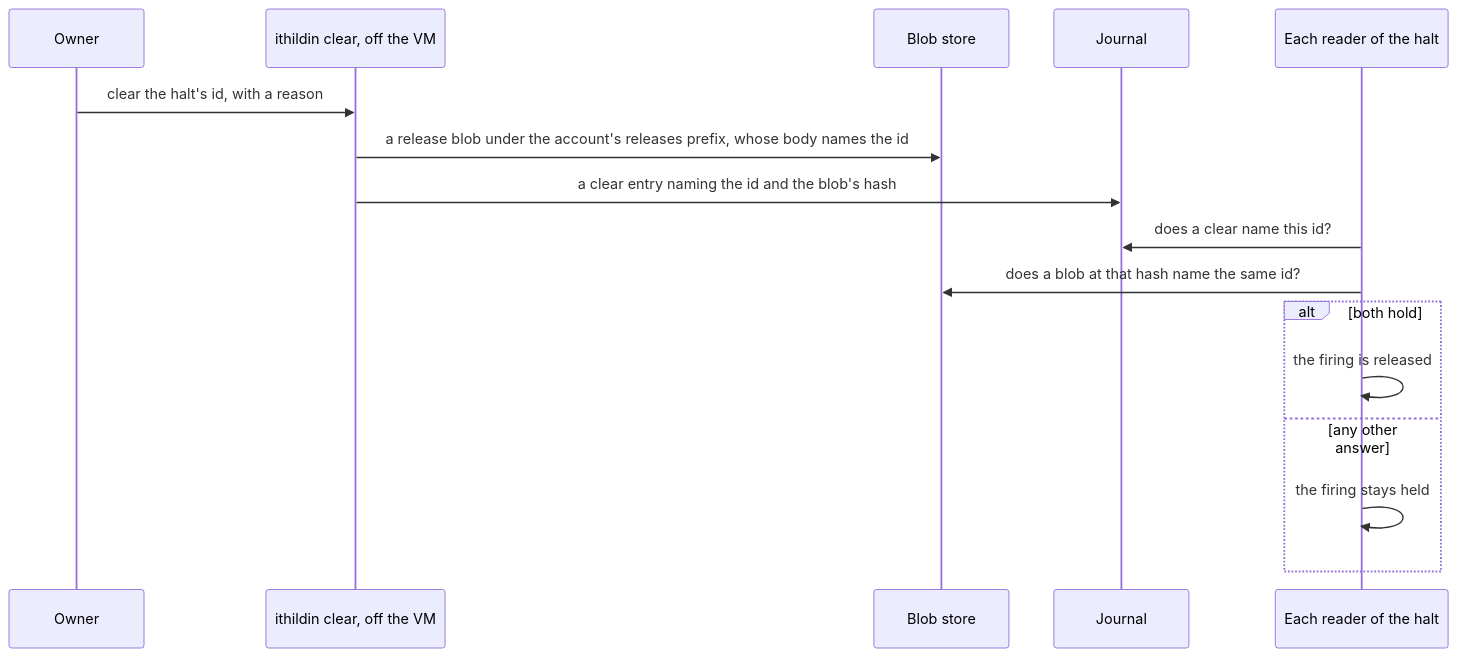
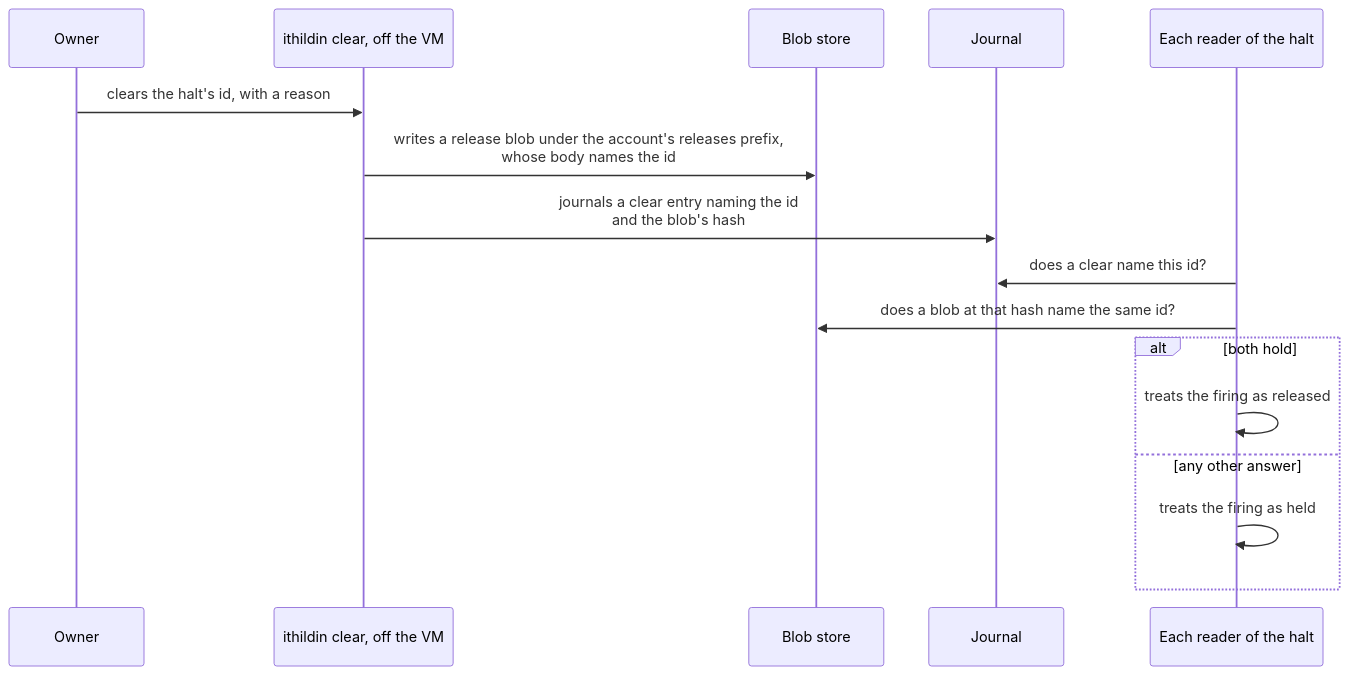
Before and after one commit to l3a0/ithildin-runtime: the second of 3 diagrams in docs/halts-and-drills.md, drawn with Mermaid. The commit also changed other lines of this file and 2 other files, not shown here.

First line of the commit message:
docs: restyle the words in the Mermaid diagrams

````diff
--- a/docs/halts-and-drills.md
+++ b/docs/halts-and-drills.md
@@ -57,18 +57,18 @@
 ```mermaid
 sequenceDiagram
     participant P as Owner
     participant T as ithildin clear, off the VM
     participant F as Blob store
     participant J as Journal
     participant R as Each reader of the halt
-    P->>T: clear the halt's id, with a reason
-    T->>F: a release blob under the account's releases prefix, whose body names the id
-    T->>J: a clear entry naming the id and the blob's hash
+    P->>T: clears the halt's id, with a reason
+    T->>F: writes a release blob under the account's releases prefix,<br/>whose body names the id
+    T->>J: journals a clear entry naming the id<br/>and the blob's hash
     R->>J: does a clear name this id?
     R->>F: does a blob at that hash name the same id?
     alt both hold
-        R->>R: the firing is released
+        R->>R: treats the firing as released
     else any other answer
-        R->>R: the firing stays held
+        R->>R: treats the firing as held
     end
 ```
````
